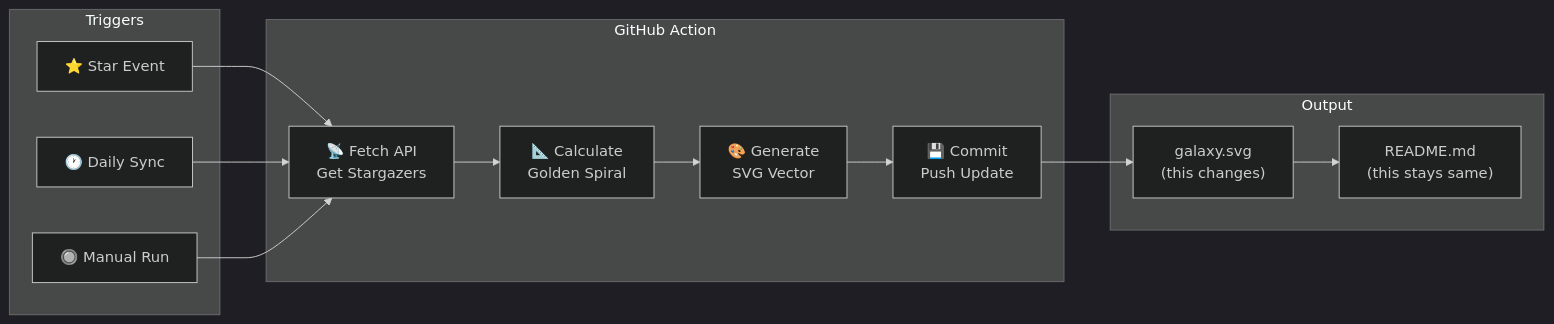
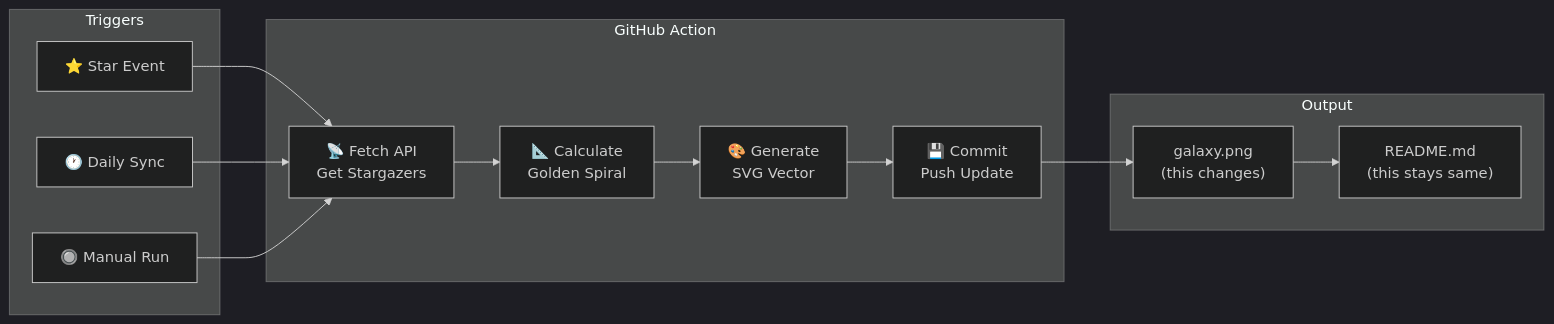
One commit to tznthou/day-19-stargazer-galaxy changed the diagram in README_EN.md. Above: the diagram before and after it, drawn with Mermaid (dark theme). The commit also changed other lines of this file and 4 other files, not shown here.

First line of the commit message:
feat: 改用 PNG 輸出（解決 GitHub SVG 外部圖片限制）

````diff
--- a/README_EN.md
+++ b/README_EN.md
@@ -70,26 +70,26 @@
 ```mermaid
 flowchart LR
     subgraph Trigger["Triggers"]
         Star["⭐ Star Event"]
         Cron["🕐 Daily Sync"]
         Manual["🔘 Manual Run"]
     end
 
     subgraph Action["GitHub Action"]
         Fetch["📡 Fetch API<br/>Get Stargazers"]
         Calc["📐 Calculate<br/>Golden Spiral"]
         Gen["🎨 Generate<br/>SVG Vector"]
         Commit["💾 Commit<br/>Push Update"]
     end
 
     subgraph Output["Output"]
-        SVG["galaxy.svg<br/>(this changes)"]
+        SVG["galaxy.png<br/>(this changes)"]
         README["README.md<br/>(this stays same)"]
     end
 
     Star --> Fetch
     Cron --> Fetch
     Manual --> Fetch
     Fetch --> Calc --> Gen --> Commit
     Commit --> SVG --> README
 ```
````
